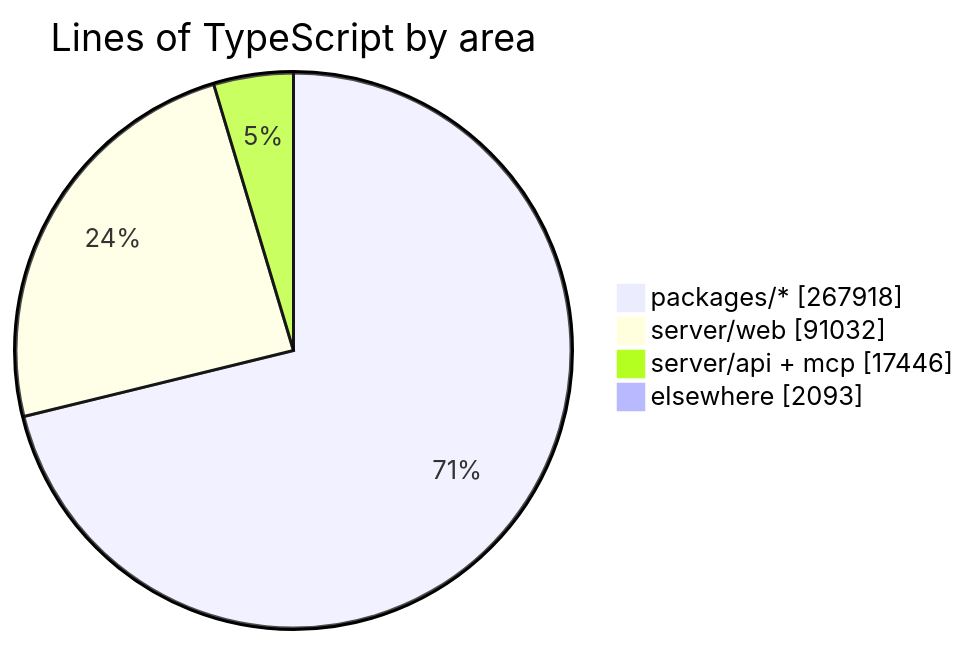
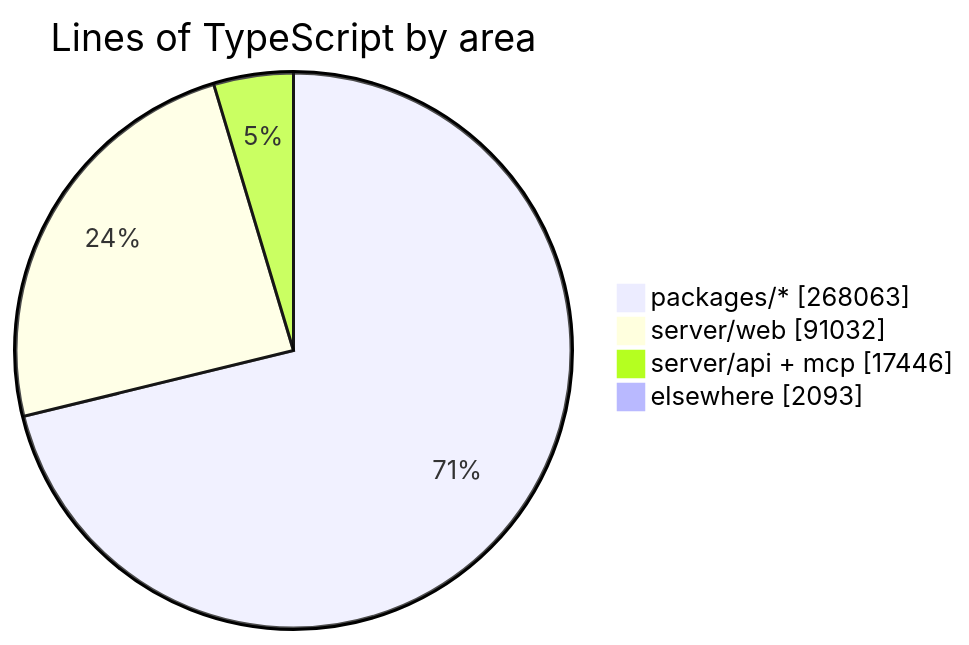
The diagram in README.md (crossworks-engineering/mantle), drawn with Mermaid before and after one commit. The commit also changed other lines of this file and 2 other files, not shown here.

````diff
--- a/README.md
+++ b/README.md
@@ -287,7 +287,7 @@
 ```mermaid
 pie showData title Lines of TypeScript by area
-    "packages/*" : 267918
+    "packages/*" : 268063
     "server/web" : 91032
     "server/api + mcp" : 17446
     "elsewhere" : 2093
 ```
````
